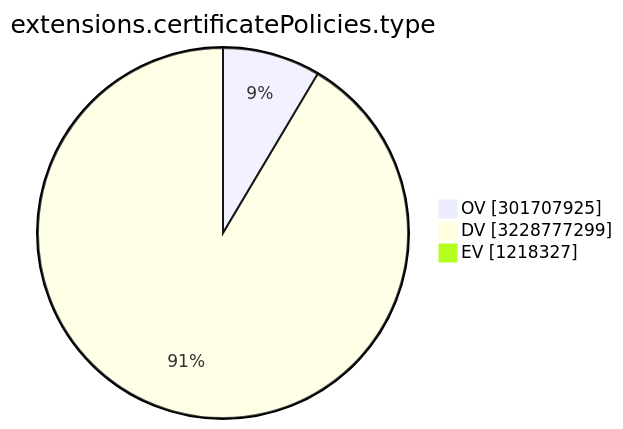
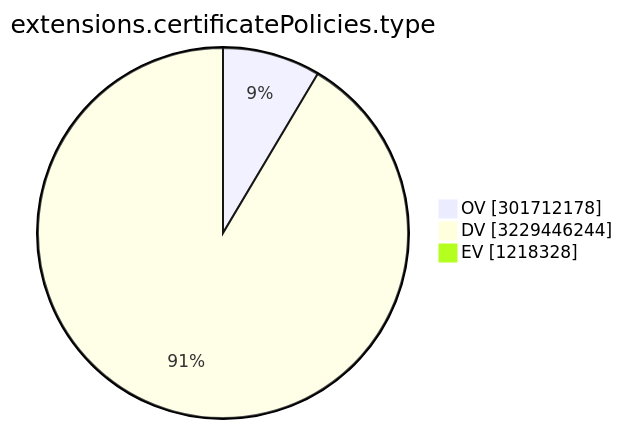
One commit to christiankrug/ctmonitor_visualization changed the ninth of 15 diagrams in TOTAL/README.md. Above: the diagram before and after it, drawn with Mermaid. The commit also changed other lines of this file, not shown here.

````diff
--- a/TOTAL/README.md
+++ b/TOTAL/README.md
@@ -3107,7 +3107,7 @@
 ```mermaid
 pie showData
 title extensions.certificatePolicies.type
-"OV" :301707925
-"DV" :3228777299
-"EV" :1218327
+"OV" :301712178
+"DV" :3229446244
+"EV" :1218328
 ```
````
